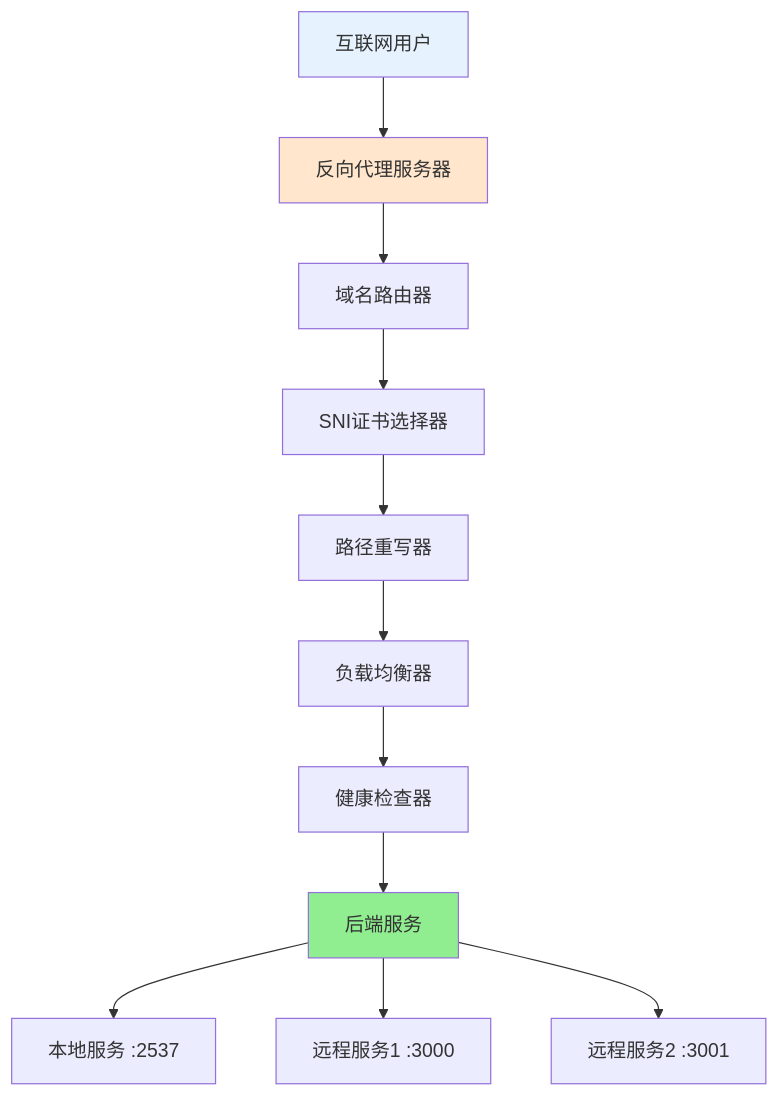
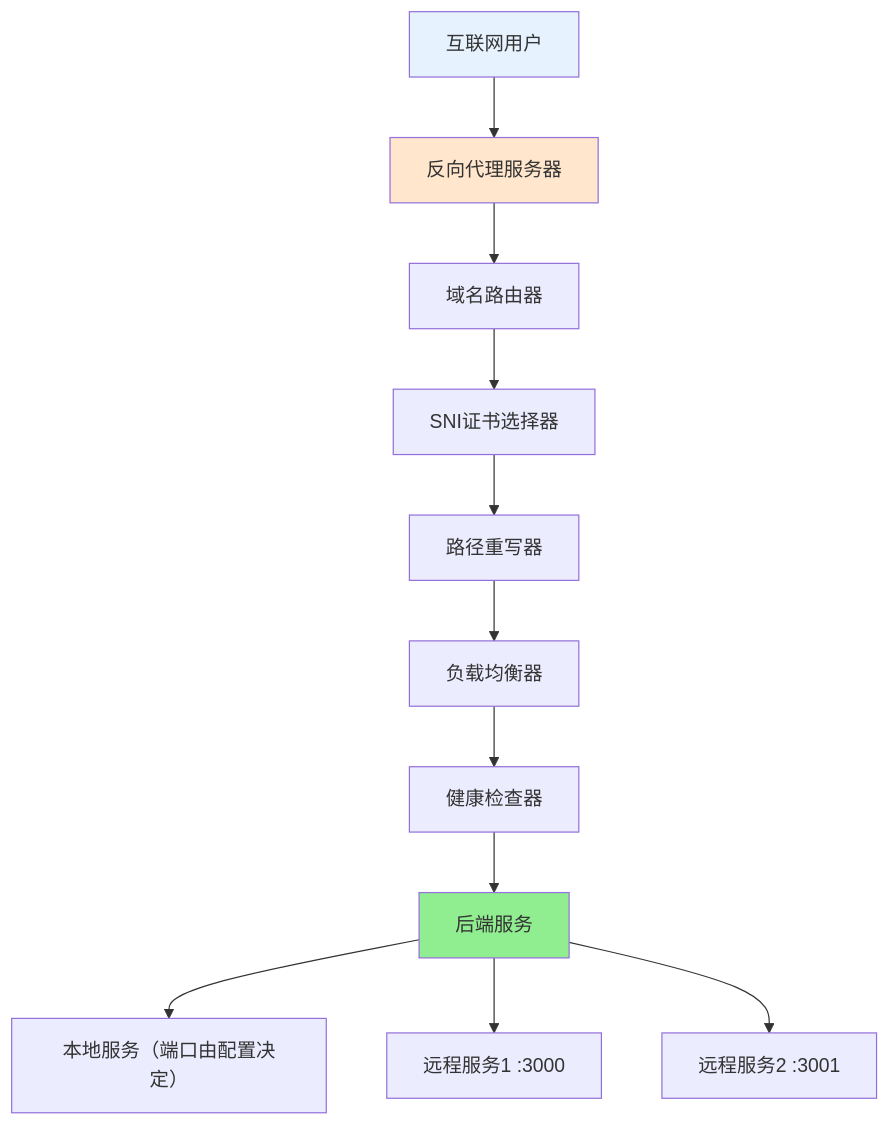
Before and after one commit to sunflowermm/XRK-AGT: the eighth of 13 diagrams in docs/server.md, drawn with Mermaid. The commit also changed other lines of this file and 116 other files, not shown here.

````diff
--- a/docs/server.md
+++ b/docs/server.md
@@ -402,17 +402,17 @@
 ```mermaid
 flowchart TB
     A[互联网用户] --> B[反向代理服务器]
     B --> C[域名路由器]
     C --> D[SNI证书选择器]
     D --> E[路径重写器]
     E --> F[负载均衡器]
     F --> G[健康检查器]
     G --> H[后端服务]
-    H --> I[本地服务 :2537]
+    H --> I[本地服务（端口由配置决定）]
     H --> J[远程服务1 :3000]
     H --> K[远程服务2 :3001]
     
     style A fill:#E6F3FF
     style B fill:#FFE6CC
     style H fill:#90EE90
 ```
````
